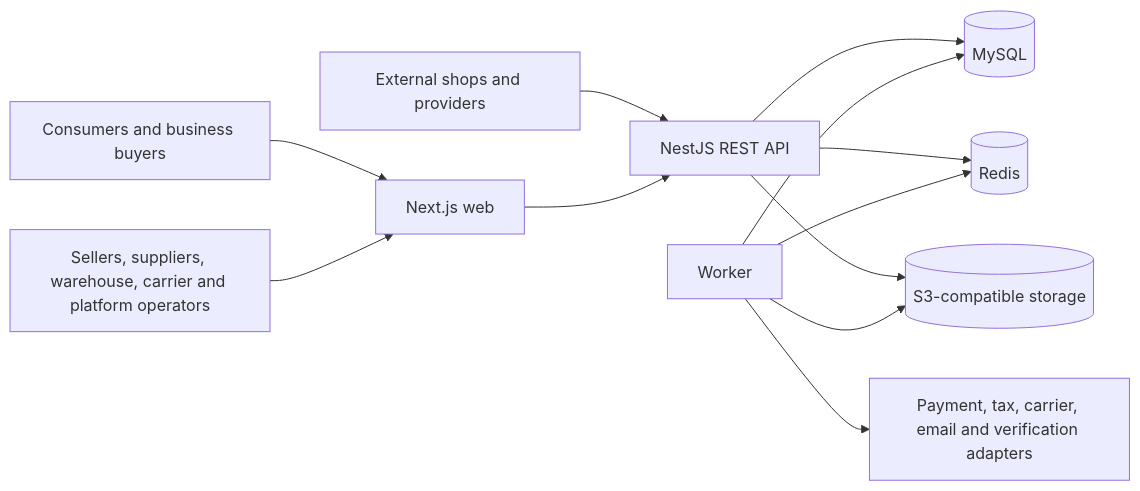
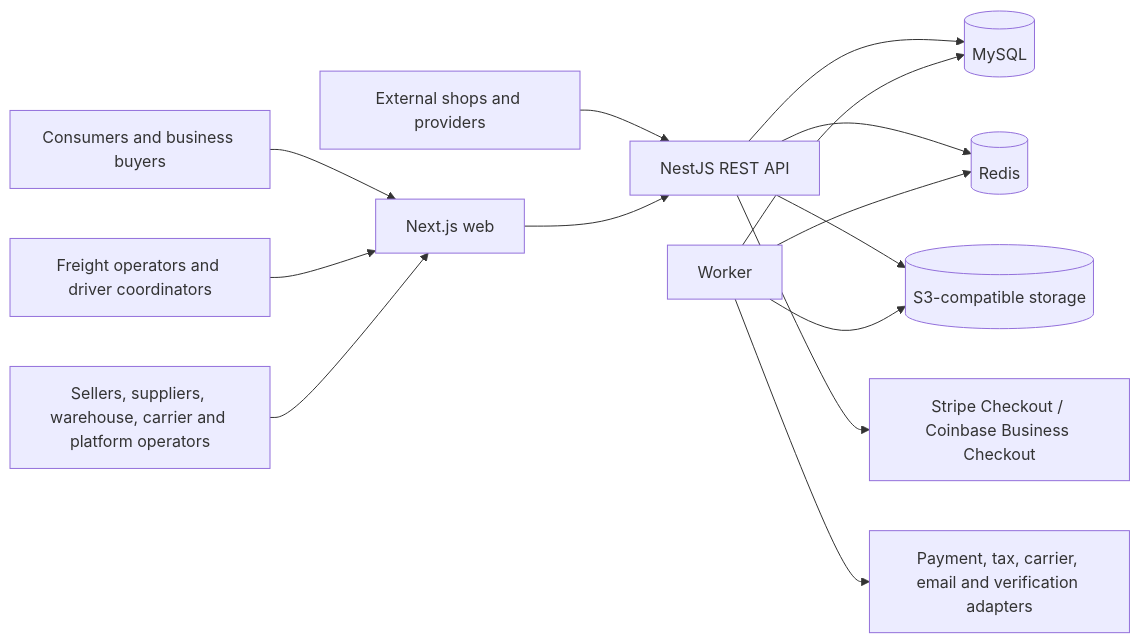
One commit to ildrm/logicommerce-logistic-ecommerce changed the diagram in docs/architecture/system-context.md. Above: the diagram before and after it, drawn with Mermaid. The commit also changed other lines of this file and 89 other files, not shown here.

````diff
--- a/docs/architecture/system-context.md
+++ b/docs/architecture/system-context.md
@@ -3,14 +3,16 @@
 ```mermaid
 flowchart LR
   buyers[Consumers and business buyers] --> web[Next.js web]
+  coordinators[Freight operators and driver coordinators] --> web
   operators[Sellers, suppliers, warehouse, carrier and platform operators] --> web
   partners[External shops and providers] --> api[NestJS REST API]
   web --> api
   api --> mysql[(MySQL)]
   api --> redis[(Redis)]
   api --> objects[(S3-compatible storage)]
   worker[Worker] --> mysql
   worker --> redis
   worker --> objects
   worker --> providers[Payment, tax, carrier, email and verification adapters]
+  api --> payments[Stripe Checkout / Coinbase Business Checkout]
 ```
````
